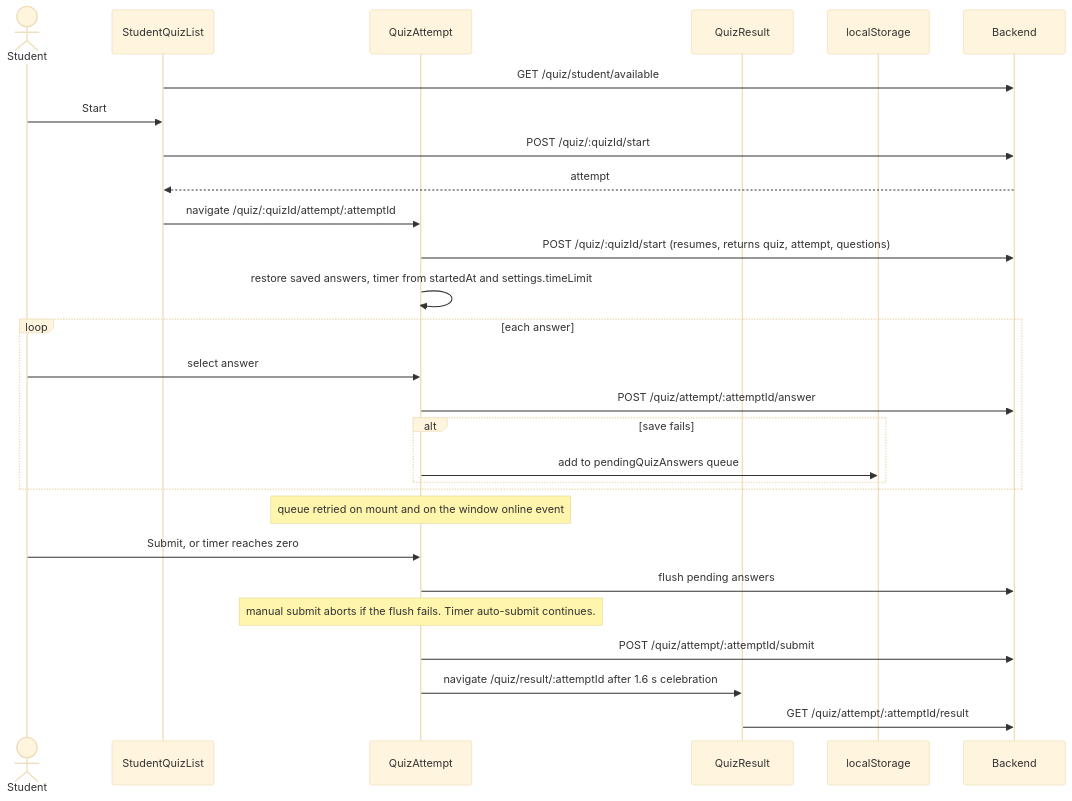
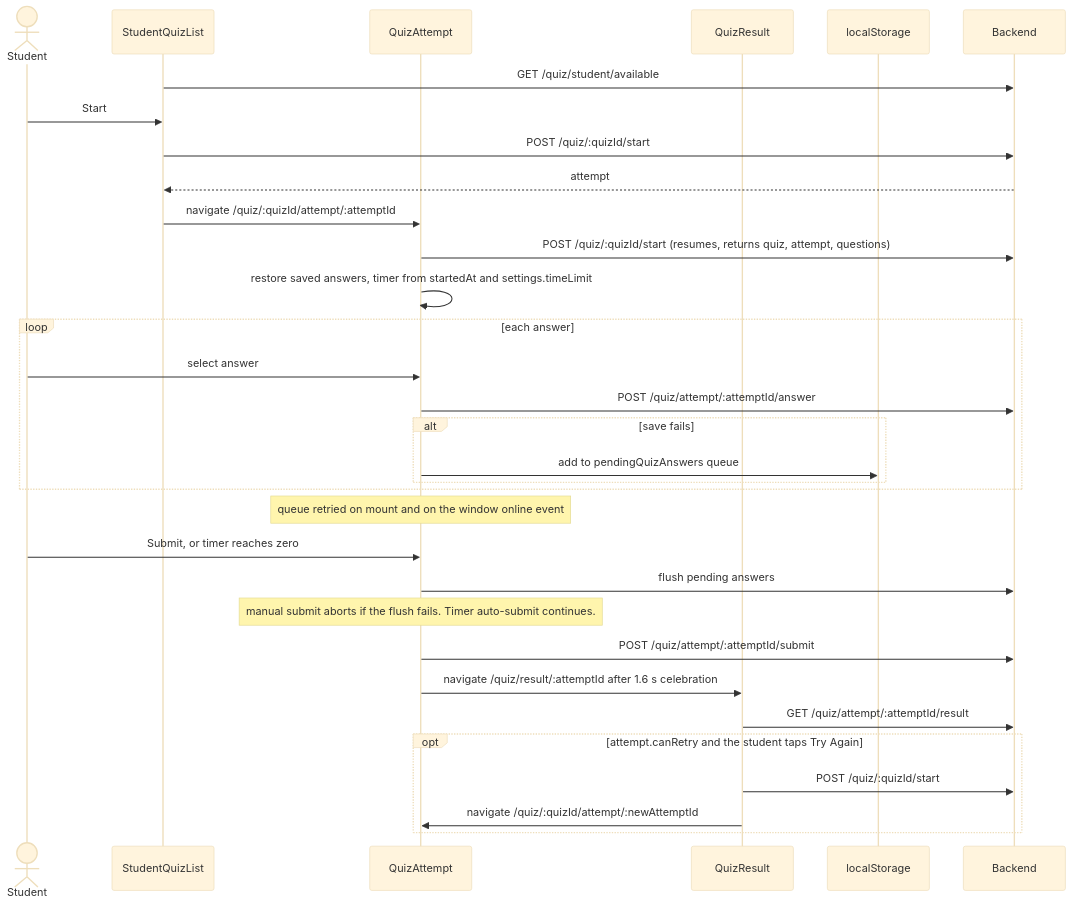
Before and after one commit to AskAide-AI/docs: the tenth of 14 diagrams in docs/frontend/lld.md, drawn with Mermaid (base theme). The commit also changed other lines of this file and 22 other files, not shown here.

````diff
--- a/docs/frontend/lld.md
+++ b/docs/frontend/lld.md
@@ -665,30 +665,34 @@
 ```mermaid
 sequenceDiagram
   actor U as Student
   participant QL as StudentQuizList
   participant QA as QuizAttempt
   participant QR as QuizResult
   participant LS as localStorage
   participant BE as Backend
   QL->>BE: GET /quiz/student/available
   U->>QL: Start
   QL->>BE: POST /quiz/:quizId/start
   BE-->>QL: attempt
   QL->>QA: navigate /quiz/:quizId/attempt/:attemptId
   QA->>BE: POST /quiz/:quizId/start (resumes, returns quiz, attempt, questions)
   QA->>QA: restore saved answers, timer from startedAt and settings.timeLimit
   loop each answer
     U->>QA: select answer
     QA->>BE: POST /quiz/attempt/:attemptId/answer
     alt save fails
       QA->>LS: add to pendingQuizAnswers queue
     end
   end
   Note over QA: queue retried on mount and on the window online event
   U->>QA: Submit, or timer reaches zero
   QA->>BE: flush pending answers
   Note over QA: manual submit aborts if the flush fails. Timer auto-submit continues.
   QA->>BE: POST /quiz/attempt/:attemptId/submit
   QA->>QR: navigate /quiz/result/:attemptId after 1.6 s celebration
   QR->>BE: GET /quiz/attempt/:attemptId/result
+  opt attempt.canRetry and the student taps Try Again
+    QR->>BE: POST /quiz/:quizId/start
+    QR->>QA: navigate /quiz/:quizId/attempt/:newAttemptId
+  end
 ```
````
